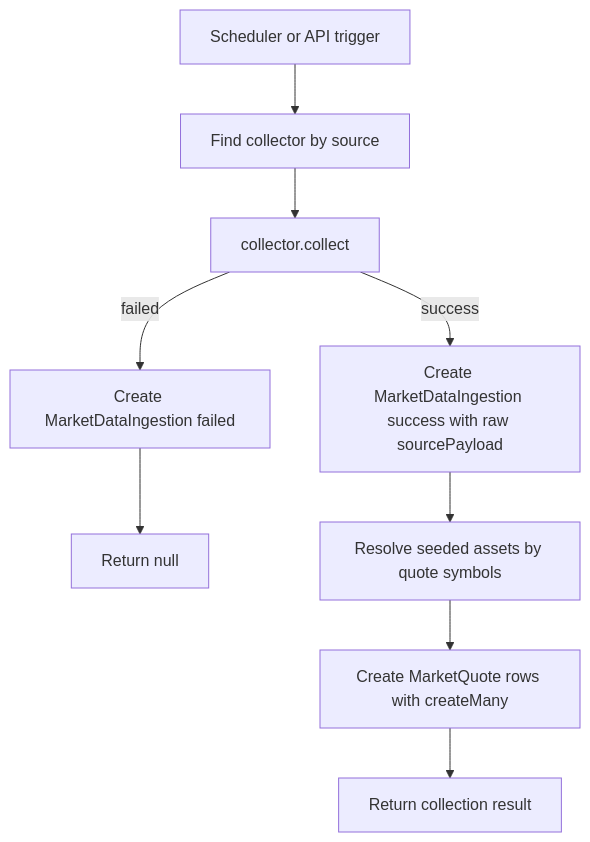
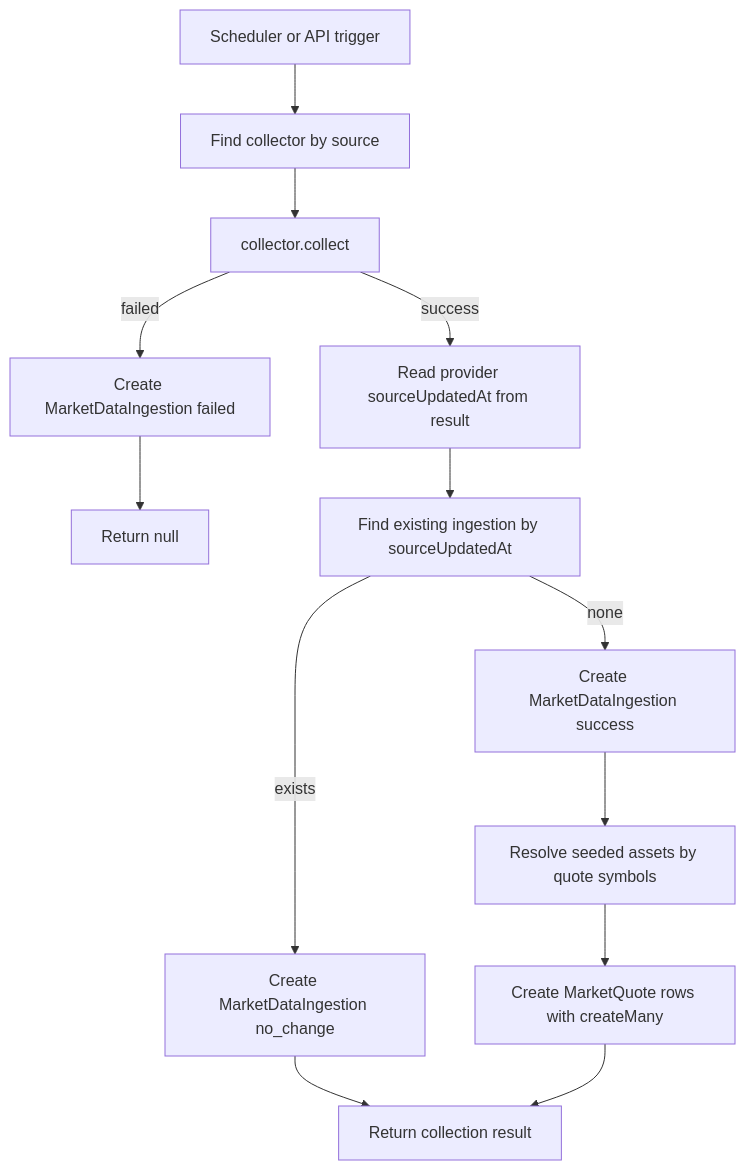
Before and after one commit to ngtrthvu3007/assets-porfolio: the diagram in server/README.md, drawn with Mermaid. The commit also changed other lines of this file and 9 other files, not shown here.

````diff
--- a/server/README.md
+++ b/server/README.md
@@ -37,11 +40,15 @@
 ```mermaid
 flowchart TD
   A[Scheduler or API trigger] --> B[Find collector by source]
   B --> C[collector.collect]
   C -->|failed| D[Create MarketDataIngestion failed]
   D --> E[Return null]
-  C -->|success| F[Create MarketDataIngestion success with raw sourcePayload]
-  F --> G[Resolve seeded assets by quote symbols]
-  G --> H[Create MarketQuote rows with createMany]
-  H --> I[Return collection result]
+  C -->|success| F[Read provider sourceUpdatedAt from result]
+  F --> G[Find existing ingestion by sourceUpdatedAt]
+  G -->|exists| I[Create MarketDataIngestion no_change]
+  I --> J[Return collection result]
+  G -->|none| K[Create MarketDataIngestion success]
+  K --> L[Resolve seeded assets by quote symbols]
+  L --> M[Create MarketQuote rows with createMany]
+  M --> J
 ```
````
